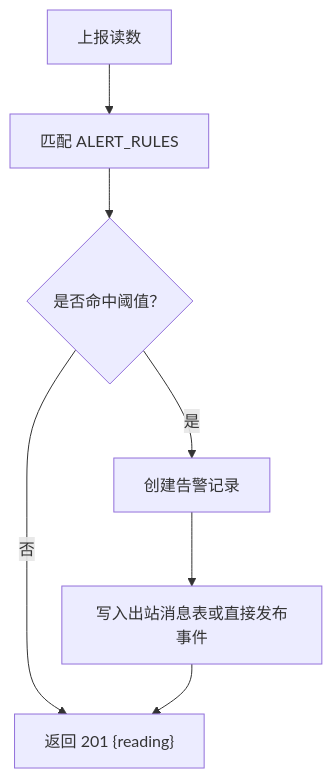
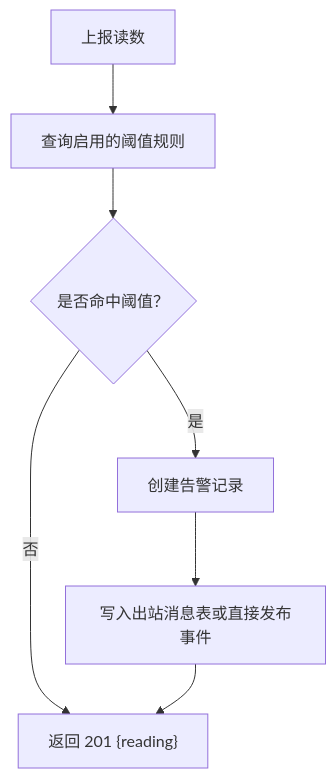
The eighth of 10 diagrams in .qoder/repowiki/zh/content/核心服务文档/遥测数据服务.md (q446328246/agri-platform), drawn with Mermaid before and after one commit. The commit also changed other lines of this file and 68 other files, not shown here.

````diff
--- a/.qoder/repowiki/zh/content/核心服务文档/遥测数据服务.md
+++ b/.qoder/repowiki/zh/content/核心服务文档/遥测数据服务.md
@@ -229,9 +327,9 @@
 ```mermaid
 flowchart TD
-Report["上报读数"] --> Rule["匹配 ALERT_RULES"]
+Report["上报读数"] --> Rule["查询启用的阈值规则"]
 Rule --> Hit{"是否命中阈值？"}
 Hit --> |否| Return["返回 201 {reading}"]
 Hit --> |是| CreateAlert["创建告警记录"]
 CreateAlert --> Enqueue["写入出站消息表或直接发布事件"]
 Enqueue --> Return
 ```
````
